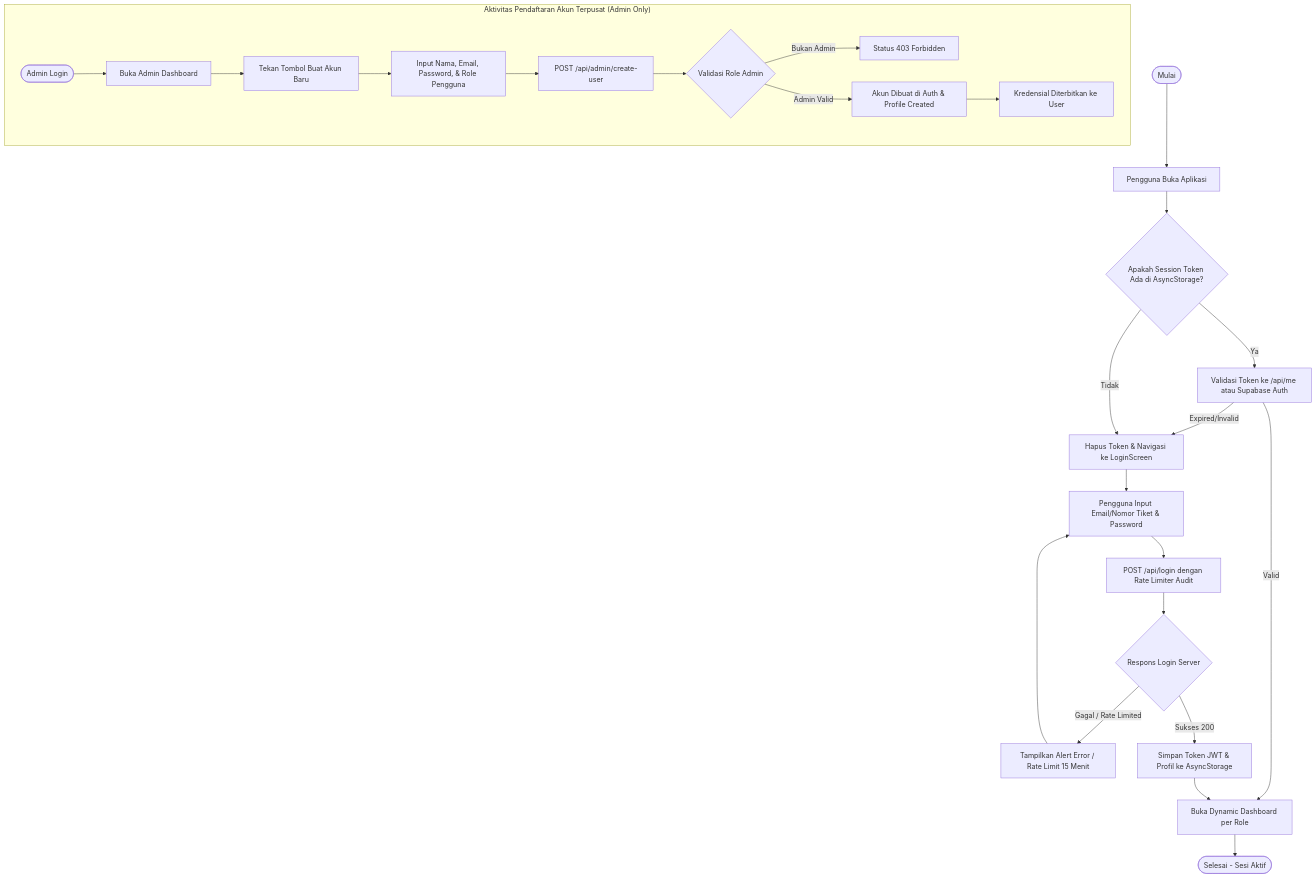
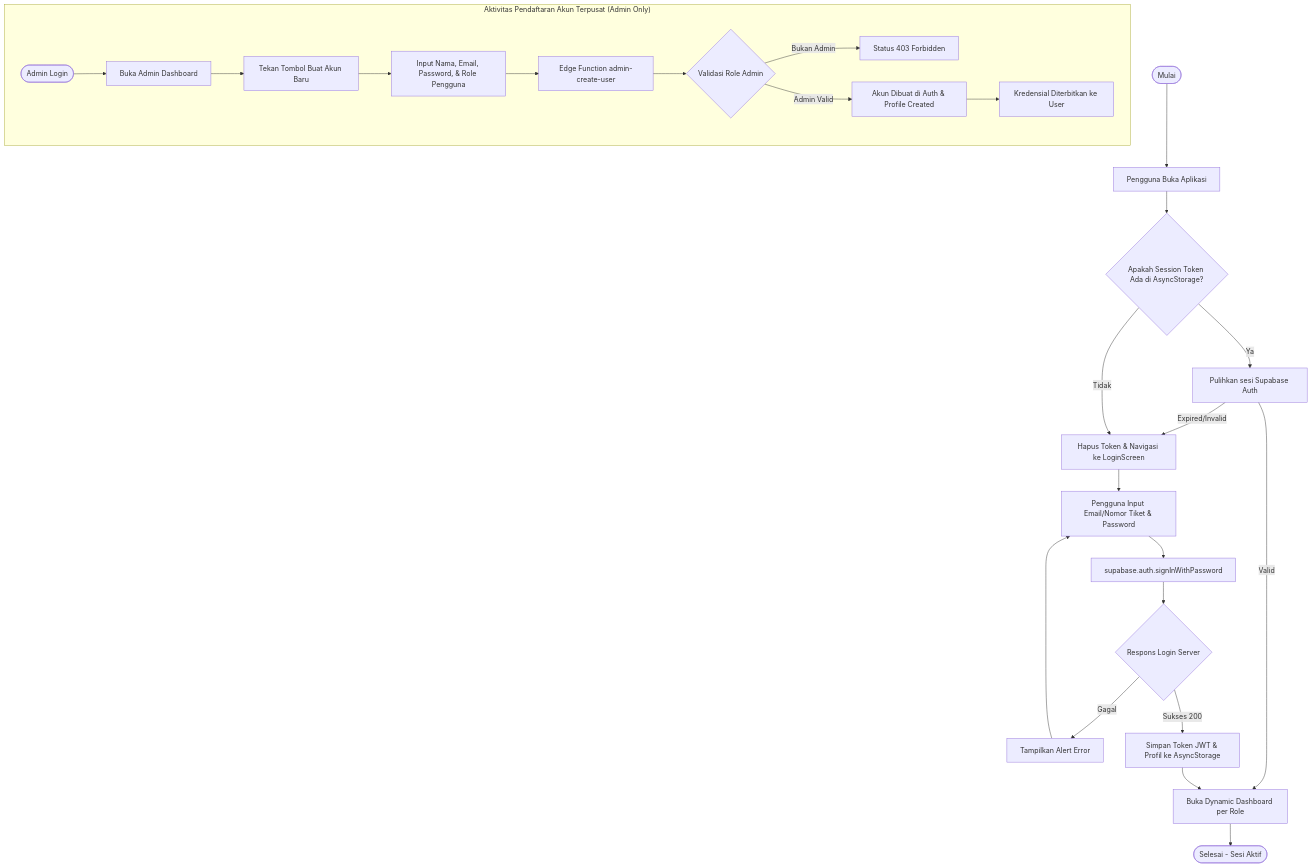
One commit to fajar-dev/gsi-one changed the second of 3 diagrams in docs/03_Architecture_Design/UML/Activity.md. Above: the diagram before and after it, drawn with Mermaid. The commit also changed other lines of this file and 213 other files, not shown here.

````diff
--- a/docs/03_Architecture_Design/UML/Activity.md
+++ b/docs/03_Architecture_Design/UML/Activity.md
@@ -39,29 +39,29 @@
 ```mermaid
 flowchart TD
     Start([Mulai]) --> A[Pengguna Buka Aplikasi]
     A --> B{Apakah Session Token Ada di AsyncStorage?}
-    B -->|Ya| C[Validasi Token ke /api/me atau Supabase Auth]
+    B -->|Ya| C[Pulihkan sesi Supabase Auth]
     C -->|Valid| D[Buka Dynamic Dashboard per Role]
     D --> End1([Selesai - Sesi Aktif])
     C -->|Expired/Invalid| E[Hapus Token & Navigasi ke LoginScreen]
     B -->|Tidak| E
     
     E --> F[Pengguna Input Email/Nomor Tiket & Password]
-    F --> G[POST /api/login dengan Rate Limiter Audit]
+    F --> G[supabase.auth.signInWithPassword]
     G --> H{Respons Login Server}
-    H -->|Gagal / Rate Limited| Err1[Tampilkan Alert Error / Rate Limit 15 Menit]
+    H -->|Gagal| Err1[Tampilkan Alert Error]
     Err1 --> F
     H -->|Sukses 200| I[Simpan Token JWT & Profil ke AsyncStorage]
     I --> D
 
     subgraph AdminAction["Aktivitas Pendaftaran Akun Terpusat (Admin Only)"]
         AdminStart([Admin Login]) --> J[Buka Admin Dashboard]
         J --> K[Tekan Tombol Buat Akun Baru]
         K --> L[Input Nama, Email, Password, & Role Pengguna]
-        L --> M[POST /api/admin/create-user]
+        L --> M[Edge Function admin-create-user]
         M --> N{Validasi Role Admin}
         N -->|Bukan Admin| Err2[Status 403 Forbidden]
         N -->|Admin Valid| O[Akun Dibuat di Auth & Profile Created]
         O --> P[Kredensial Diterbitkan ke User]
     end
 ```
````
